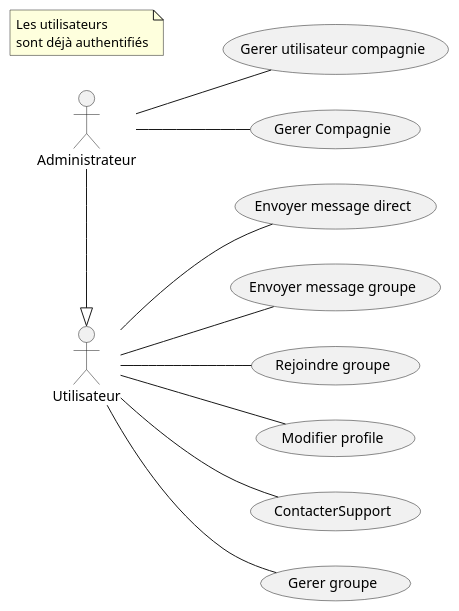
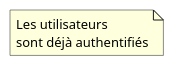
One commit to AnTCote/ProjetFinal2021 changed the diagram in Analyse/UseCases/index.md. Above: the diagram before and after it, drawn with PlantUML. The commit also changed 1 other file, not shown here.

````diff
--- a/Analyse/UseCases/index.md
+++ b/Analyse/UseCases/index.md
@@ -1,21 +1,7 @@
 ```plantuml
 @startuml
 note "Les utilisateurs \nsont déjà authentifiés" as n
 left to right direction
 
-Utilisateur--(Envoyer message direct)
-Utilisateur--(Envoyer message groupe)
-Utilisateur--(Rejoindre groupe)
-Utilisateur--(Modifier profile)
-Utilisateur--(ContacterSupport)
-Utilisateur--(Gerer groupe)
-
-
-Administrateur--(Gerer utilisateur compagnie)
-Administrateur--(Gerer Compagnie)
-
-
-Administrateur -|> Utilisateur 
-
 @enduml
 ```
````
